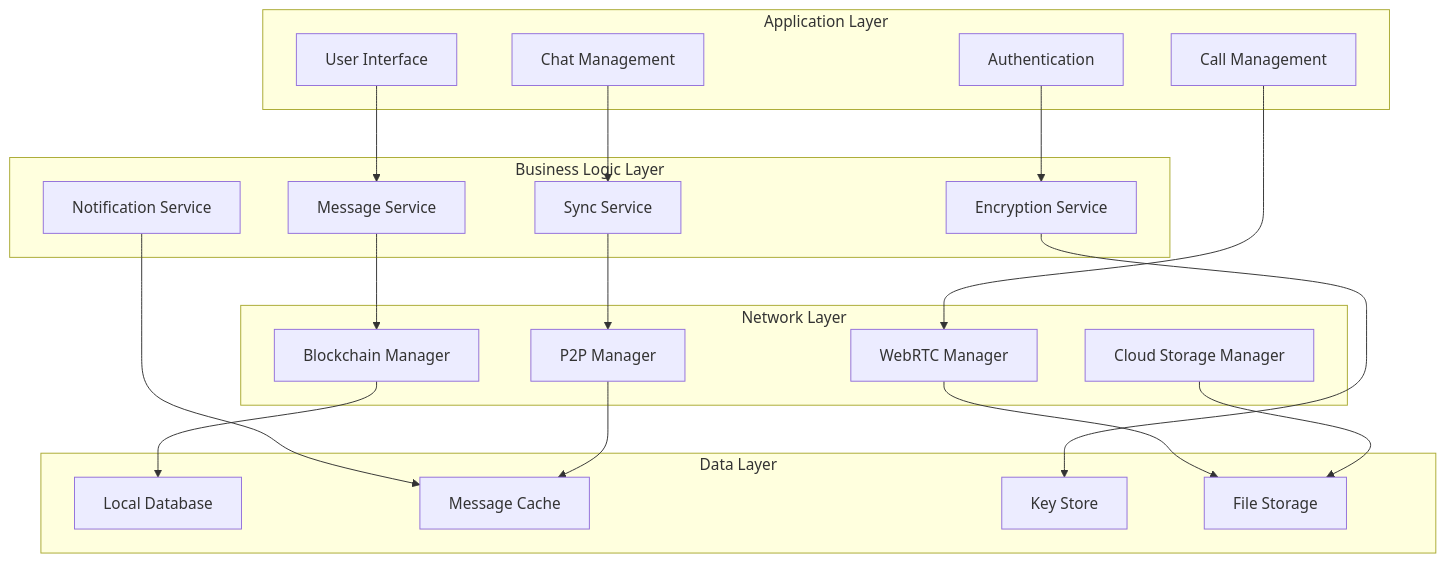
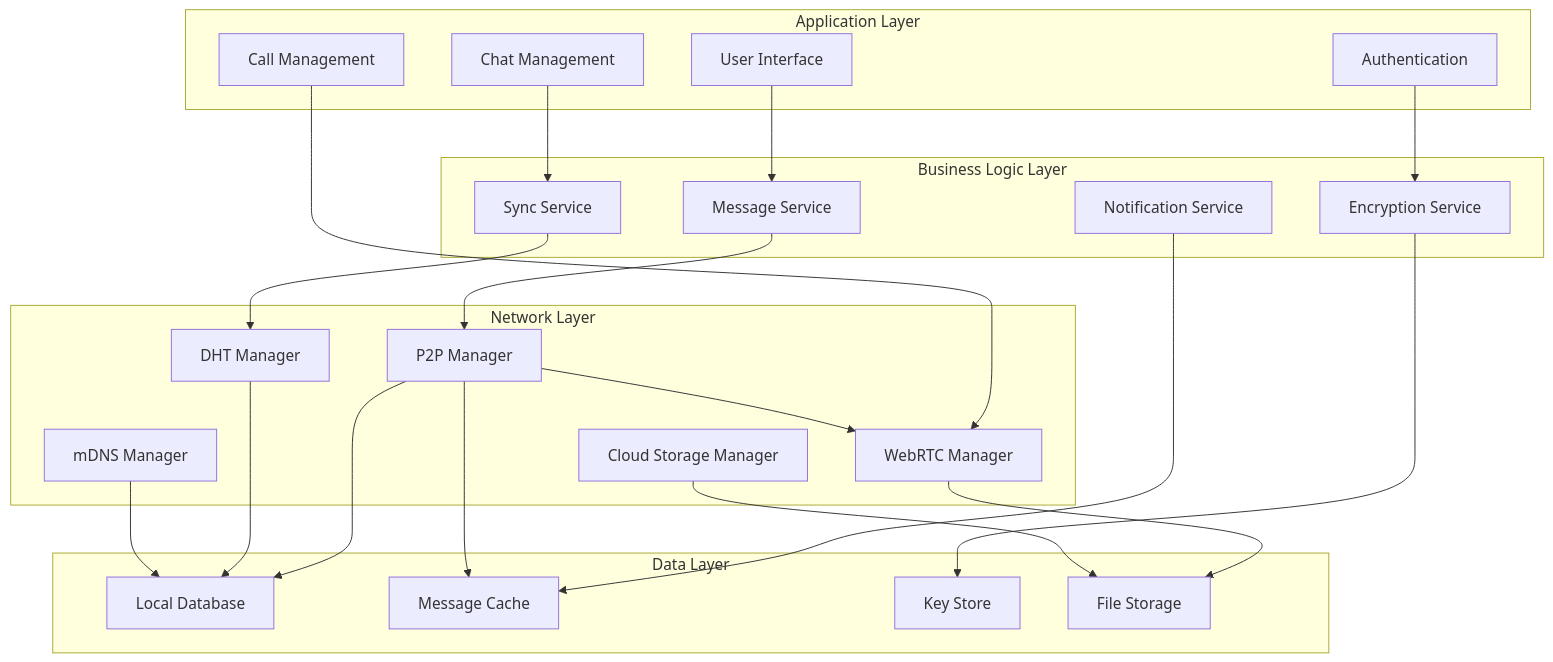
Before and after one commit to ag508/Chain: the second of 2 diagrams in Design.md, drawn with Mermaid. The commit also changed other lines of this file and 14 other files, not shown here.

First line of the commit message:
Refactor to pure P2P architecture - remove blockchain dependencies

````diff
--- a/Design.md
+++ b/Design.md
@@ -64,45 +67,49 @@
 ```mermaid
 graph TB
     subgraph "Application Layer"
         UI[User Interface]
         AUTH[Authentication]
         CHAT[Chat Management]
         CALL[Call Management]
     end
     
     subgraph "Business Logic Layer"
         MSG[Message Service]
         ENC[Encryption Service]
         SYNC[Sync Service]
         NOTIF[Notification Service]
     end
     
     subgraph "Network Layer"
-        BLOCKCHAIN[Blockchain Manager]
         P2P[P2P Manager]
+        DHT_MGR[DHT Manager]
+        MDNS_MGR[mDNS Manager]
         WEBRTC[WebRTC Manager]
         CLOUD[Cloud Storage Manager]
     end
     
     subgraph "Data Layer"
         DB[Local Database]
         CACHE[Message Cache]
         KEYS[Key Store]
         FILES[File Storage]
     end
     
     UI --> MSG
     AUTH --> ENC
     CHAT --> SYNC
     CALL --> WEBRTC
     
-    MSG --> BLOCKCHAIN
+    MSG --> P2P
     ENC --> KEYS
-    SYNC --> P2P
+    SYNC --> DHT_MGR
     NOTIF --> CACHE
-    
-    BLOCKCHAIN --> DB
+
+    P2P --> DB
+    P2P --> WEBRTC
+    DHT_MGR --> DB
+    MDNS_MGR --> DB
     P2P --> CACHE
     WEBRTC --> FILES
     CLOUD --> FILES
 ```
````
